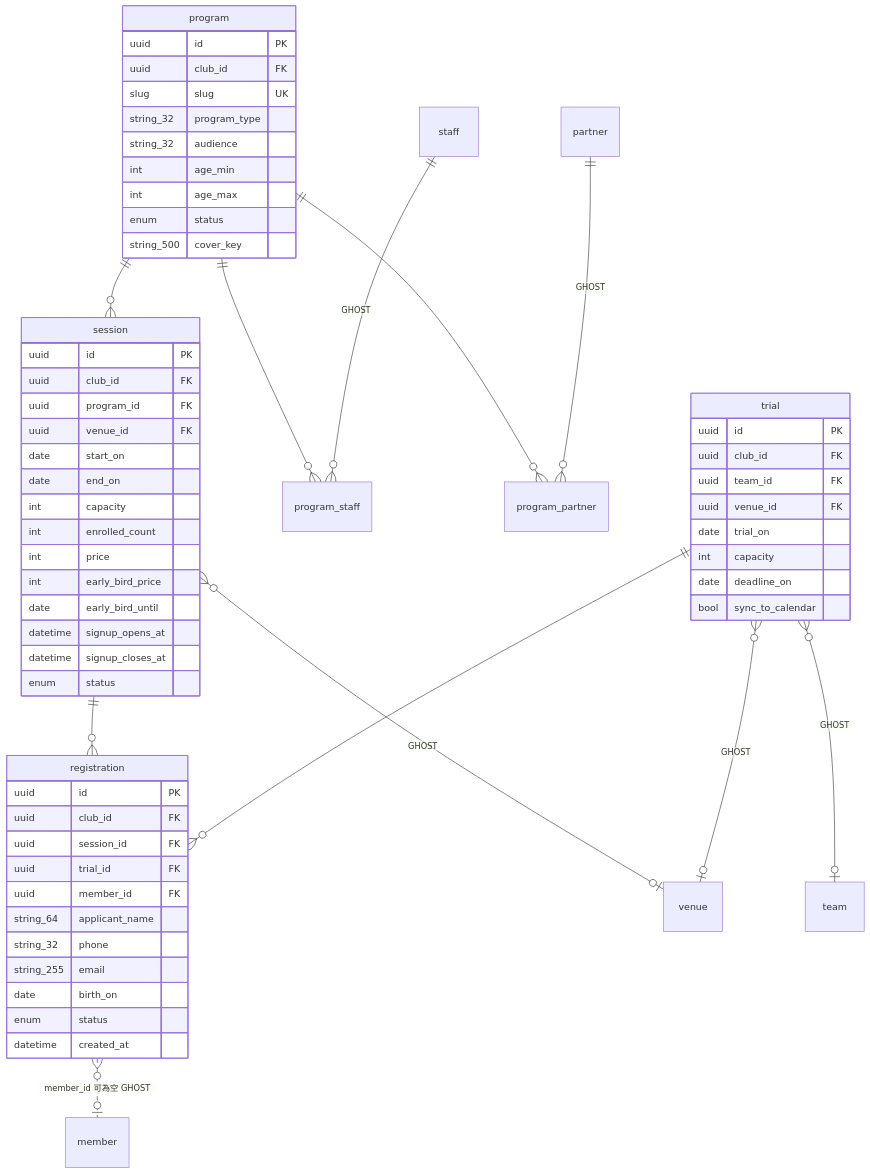
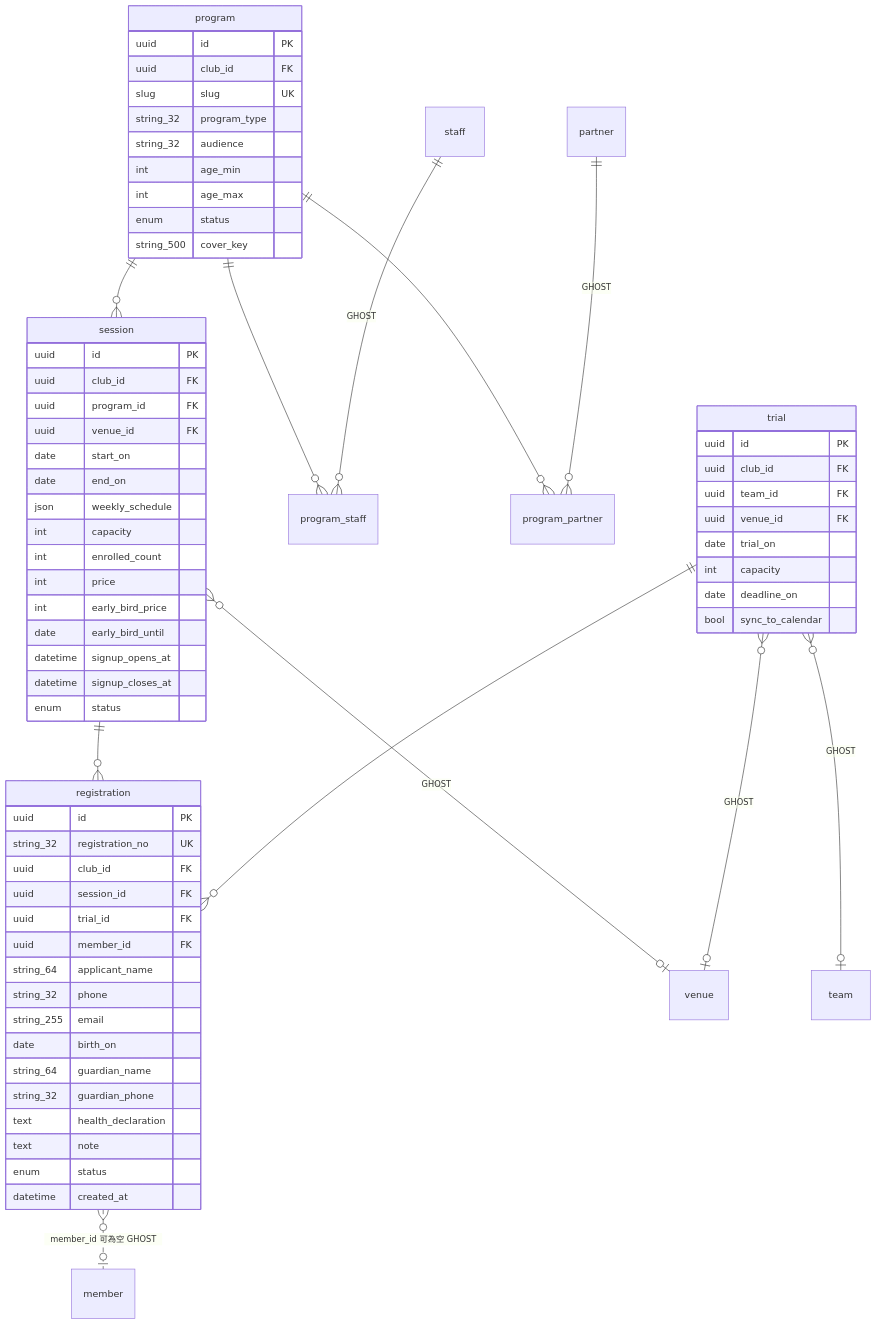
One commit to waiting0201/tcrfc changed the fifth of 16 diagrams in docs/12a-database-erd.md. Above: the diagram before and after it, drawn with Mermaid. The commit also changed other lines of this file and 3 other files, not shown here.

````diff
--- a/docs/12a-database-erd.md
+++ b/docs/12a-database-erd.md
@@ -349,64 +358,70 @@
 ```mermaid
 erDiagram
   program ||--o{ session : ""
   program ||--o{ program_staff : ""
   program ||--o{ program_partner : ""
   staff ||--o{ program_staff : "GHOST"
   partner ||--o{ program_partner : "GHOST"
   session ||--o{ registration : ""
   session }o--o| venue : "GHOST"
   trial ||--o{ registration : ""
   trial }o--o| venue : "GHOST"
   trial }o--o| team : "GHOST"
   registration }o..o| member : "member_id 可為空 GHOST"
   program {
     uuid id PK
     uuid club_id FK
     slug slug UK
     string_32 program_type
     string_32 audience
     int age_min
     int age_max
     enum status
     string_500 cover_key
   }
   session {
     uuid id PK
     uuid club_id FK
     uuid program_id FK
     uuid venue_id FK
     date start_on
     date end_on
+    json weekly_schedule
     int capacity
     int enrolled_count
     int price
     int early_bird_price
     date early_bird_until
     datetime signup_opens_at
     datetime signup_closes_at
     enum status
   }
   registration {
     uuid id PK
+    string_32 registration_no UK
     uuid club_id FK
     uuid session_id FK
     uuid trial_id FK
     uuid member_id FK
     string_64 applicant_name
     string_32 phone
     string_255 email
     date birth_on
+    string_64 guardian_name
+    string_32 guardian_phone
+    text health_declaration
+    text note
     enum status
     datetime created_at
   }
   trial {
     uuid id PK
     uuid club_id FK
     uuid team_id FK
     uuid venue_id FK
     date trial_on
     int capacity
     date deadline_on
     bool sync_to_calendar
   }
 ```
````
